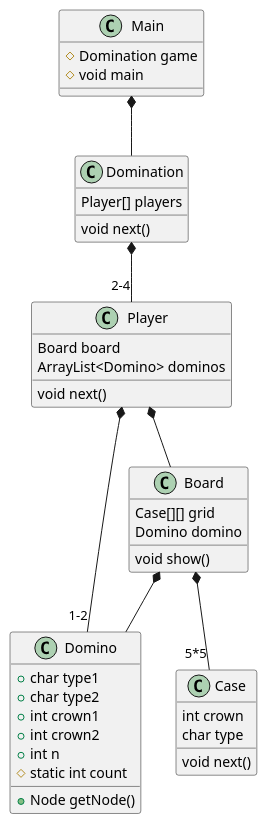
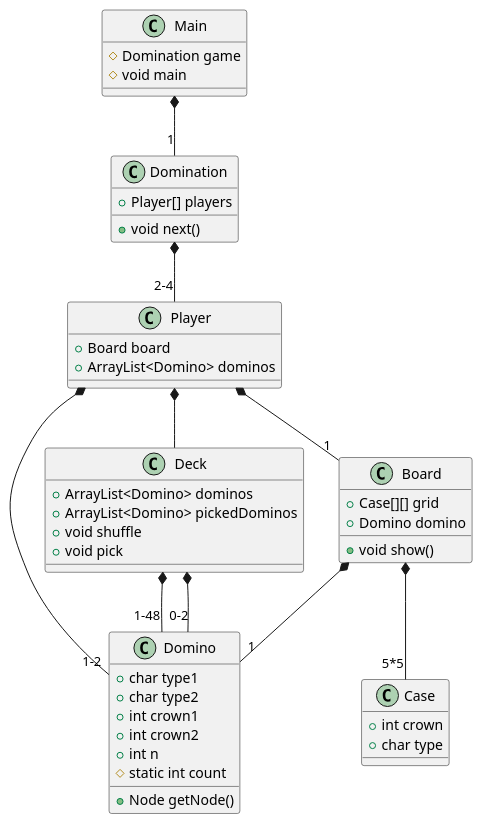
Before and after one commit to MarcPartensky/kingdomino: the diagram in class.puml, drawn with PlantUML. The commit also changed other lines of this file and 4 other files, not shown here.

Commit message:
uml that works

```diff
--- a/class.puml
+++ b/class.puml
@@ -15,49 +1,57 @@
 @startuml
 
 class Domination {
-	Player[] players
-	void next()
+	+Player[] players
+	+void next()
 }
 
 class Case {
-	int crown
-	char type
-	void next()
+	+int crown
+	+char type
 }
 
 class Domino {
 	+char type1
 	+char type2
 	+int crown1
 	+int crown2
 	+int n
 	#static int count
 	+Node getNode()
 }
 
 class Board {
-	Case[][] grid
-	Domino domino
-	void show()
+	+Case[][] grid
+	+Domino domino
+	+void show()
 }
 
 
 class Player {
-	Board board
-	ArrayList<Domino> dominos
-	void next()
+	+Board board
+	+ArrayList<Domino> dominos
 }
 
 class Main {
 	#Domination game
 	#void main
 }
 
-Main *-- Domination
+class Deck {
+	+ArrayList<Domino> dominos
+	+ArrayList<Domino> pickedDominos
+	+void shuffle
+	+void pick
+}
+
+Main *-- "1" Domination
 Domination *-- "2-4" Player
 Player *-- "1-2" Domino
-Player *-- Board
-Board *-- Domino
+Player *-- "1" Board
+Board *-- "1" Domino
+Player *-- Deck
+Deck *-- "1-48" Domino
+Deck *-- "0-2" Domino
 Board *-- "5*5" Case
 
 @enduml
```
